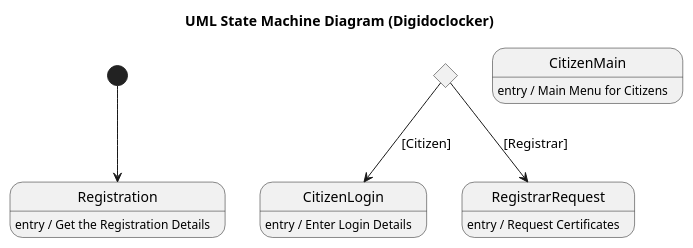
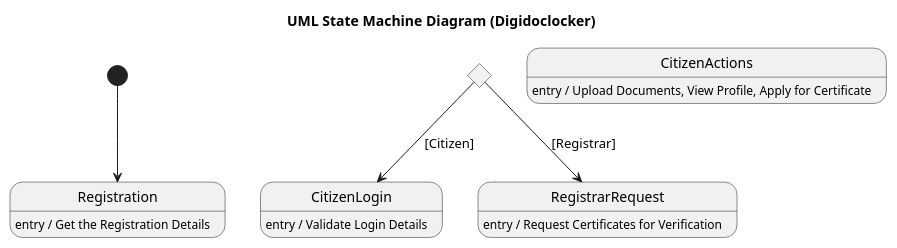
Before and after one commit to maimunafaria/State_transition_Diagram_generated_by_LLM: the diagram in results/plantuml_pipeline_run2/runs/open_source__qwen25_7b_instruct__rag/case_18_digidoclocker/run_01.puml, drawn with PlantUML. The commit also changed 472 other files, not shown here.

```diff
--- a/results/plantuml_pipeline_run2/runs/open_source__qwen25_7b_instruct__rag/case_18_digidoclocker/run_01.puml
+++ b/results/plantuml_pipeline_run2/runs/open_source__qwen25_7b_instruct__rag/case_18_digidoclocker/run_01.puml
@@ -1,22 +1,22 @@
 @startuml
 title UML State Machine Diagram (Digidoclocker)
 
 [*] --> Registration
 
 state Registration
 Registration : entry / Get the Registration Details
 
 state UserType <<choice>>
 UserType --> CitizenLogin : [Citizen]
 UserType --> RegistrarRequest : [Registrar]
 
 state CitizenLogin
-CitizenLogin : entry / Enter Login Details
+CitizenLogin : entry / Validate Login Details
 
-state CitizenMain
-CitizenMain : entry / Main Menu for Citizens
+state CitizenActions
+CitizenActions : entry / Upload Documents, View Profile, Apply for Certificate
 
 state RegistrarRequest
-RegistrarRequest : entry / Request Certificates
+RegistrarRequest : entry / Request Certificates for Verification
 
 @enduml
```
